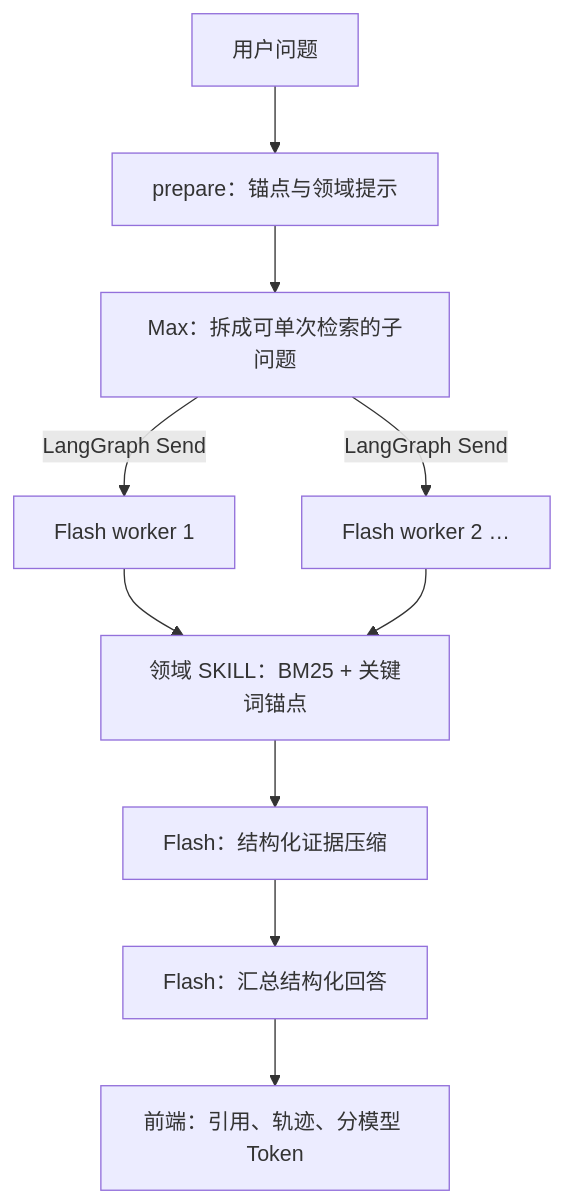
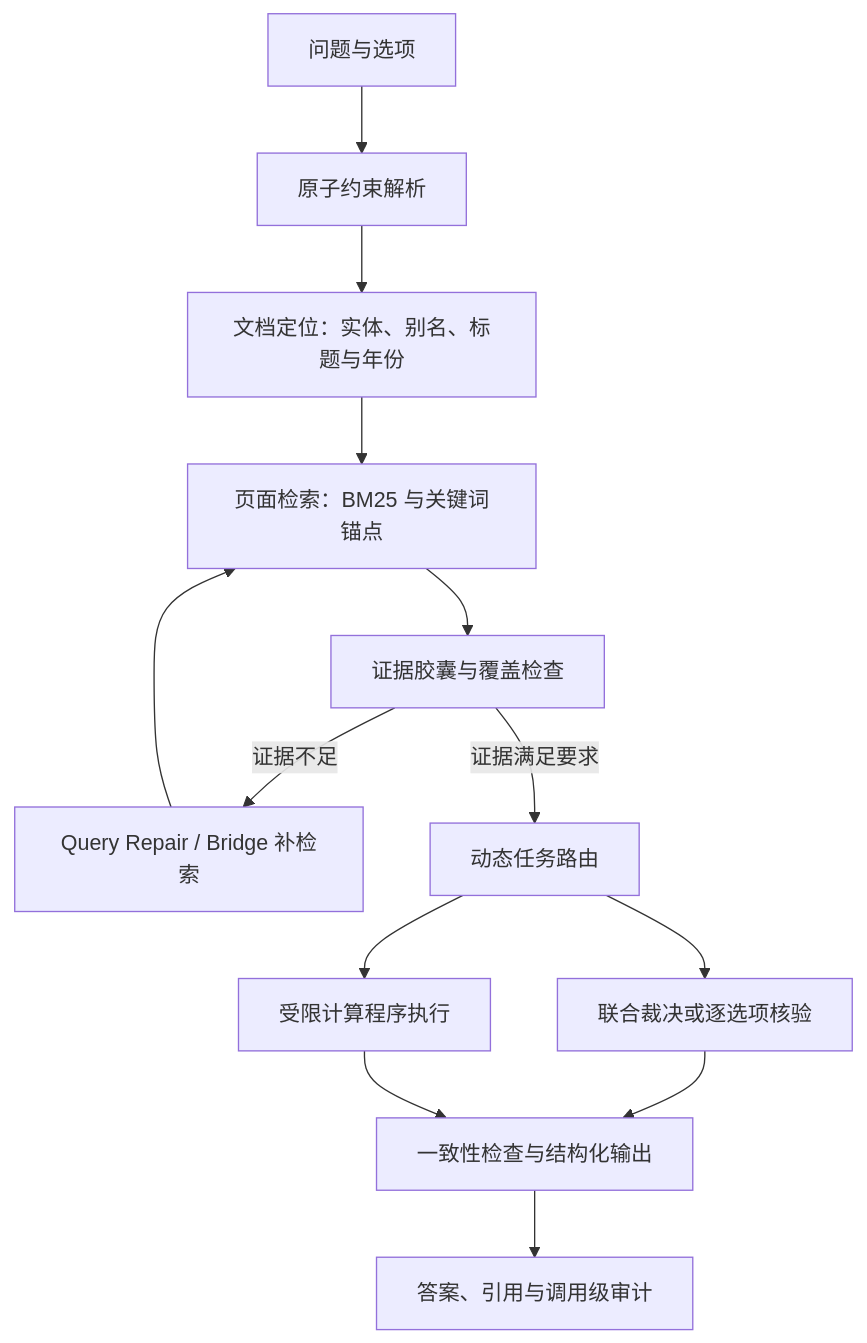
Before and after one commit to TokaiTeio3/financial-document-agent: the diagram in README.md, drawn with Mermaid. The commit also changed other lines of this file and 8 other files, not shown here.

````diff
--- a/README.md
+++ b/README.md
@@ -60,12 +29,15 @@
-```mermaid
+~~~mermaid
 flowchart TD
-    Q[用户问题] --> P[prepare：锚点与领域提示]
-    P --> D[Max：拆成可单次检索的子问题]
-    D -->|LangGraph Send| W1[Flash worker 1]
-    D -->|LangGraph Send| W2[Flash worker 2 …]
-    W1 --> R[领域 SKILL：BM25 + 关键词锚点]
-    W2 --> R
-    R --> C[Flash：结构化证据压缩]
-    C --> F[Flash：汇总结构化回答]
-    F --> UI[前端：引用、轨迹、分模型 Token]
-```
+    Q[问题与选项] --> A[原子约束解析]
+    A --> D[文档定位：实体、别名、标题与年份]
+    D --> R[页面检索：BM25 与关键词锚点]
+    R --> E[证据胶囊与覆盖检查]
+    E -->|证据不足| B[Query Repair / Bridge 补检索]
+    B --> R
+    E -->|证据满足要求| J[动态任务路由]
+    J --> O[联合裁决或逐选项核验]
+    J --> C[受限计算程序执行]
+    O --> F[一致性检查与结构化输出]
+    C --> F
+    F --> T[答案、引用与调用级审计]
+~~~
````
